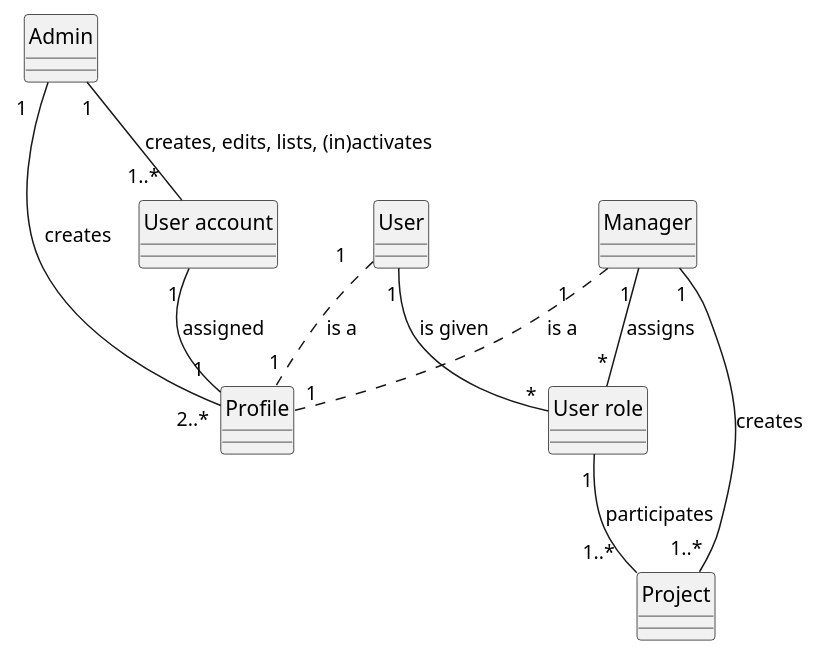
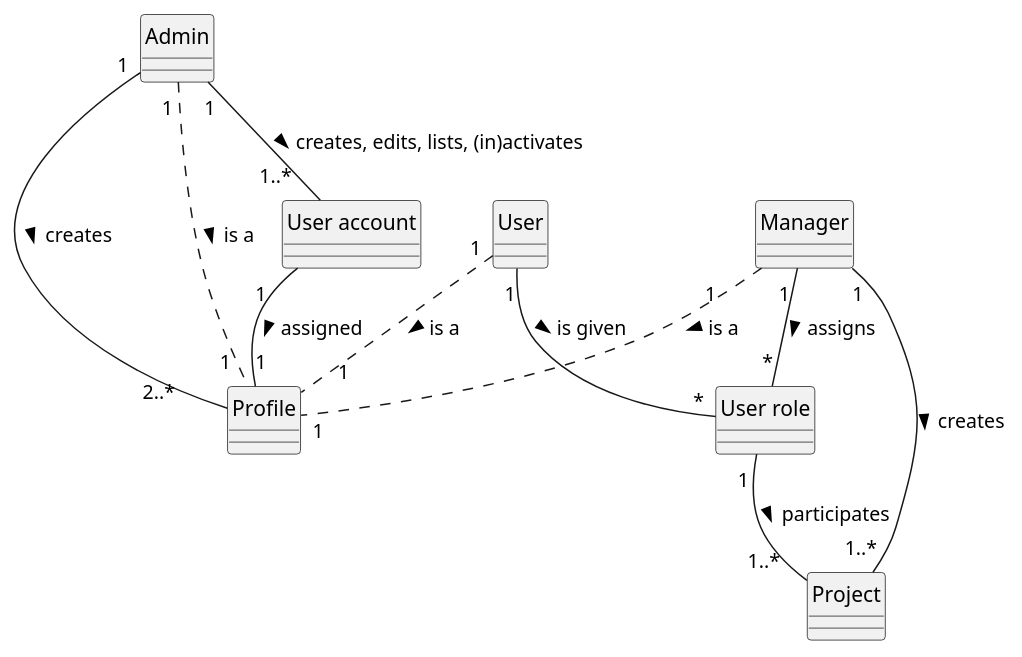
One commit to ivo-menezes/project_g3 changed the diagram in docs/modelling_design/domain_model_diagram/domain_model_diagram.puml. Above: the diagram before and after it, drawn with PlantUML. The commit also changed 1 other file, not shown here.

```diff
--- a/docs/modelling_design/domain_model_diagram/domain_model_diagram.puml
+++ b/docs/modelling_design/domain_model_diagram/domain_model_diagram.puml
@@ -1,22 +1,23 @@
 @startuml
 skinparam style strictuml
 
 Entity Admin
 Class "User account"
 Class Profile
 Class Manager
 Class User
 Class "User role"
 Class Project
 
 
-Admin "1" -- "1..*  " "User account": creates, edits, lists, (in)activates
-Admin "1   " -- "2..*" Profile: creates
-Manager "1     ".."1" Profile: "is a"
-Manager "1 " -- "*" "User role" : assigns
-User "1   " .. "1" Profile: "is a"
-User "1"-- "*" "User role": is given
-"User account" "1 "--"1 " Profile: assigned
-Manager "1"-- "1..*" Project: creates
-"User role" "1" -- "1..*  " Project: participates
+Admin "1" -- "1..*   " "User account": creates, edits, lists, (in)activates >
+Admin "1" -- "2..*        " Profile: creates >
+Admin "1 " .. "1  " Profile: is a >
+Manager "1      ".."1" Profile: is a >
+Manager "1 " -- "*" "User role" : assigns >
+User "1" .. "     1" Profile: is a >
+User "1"-- "*" "User role": is given >
+"User account" "1   "--"1 " Profile: assigned >
+Manager "1"-- "1..*" Project: creates >
+"User role" "1 " -- "1..*   " Project: participates >
 @enduml
```
